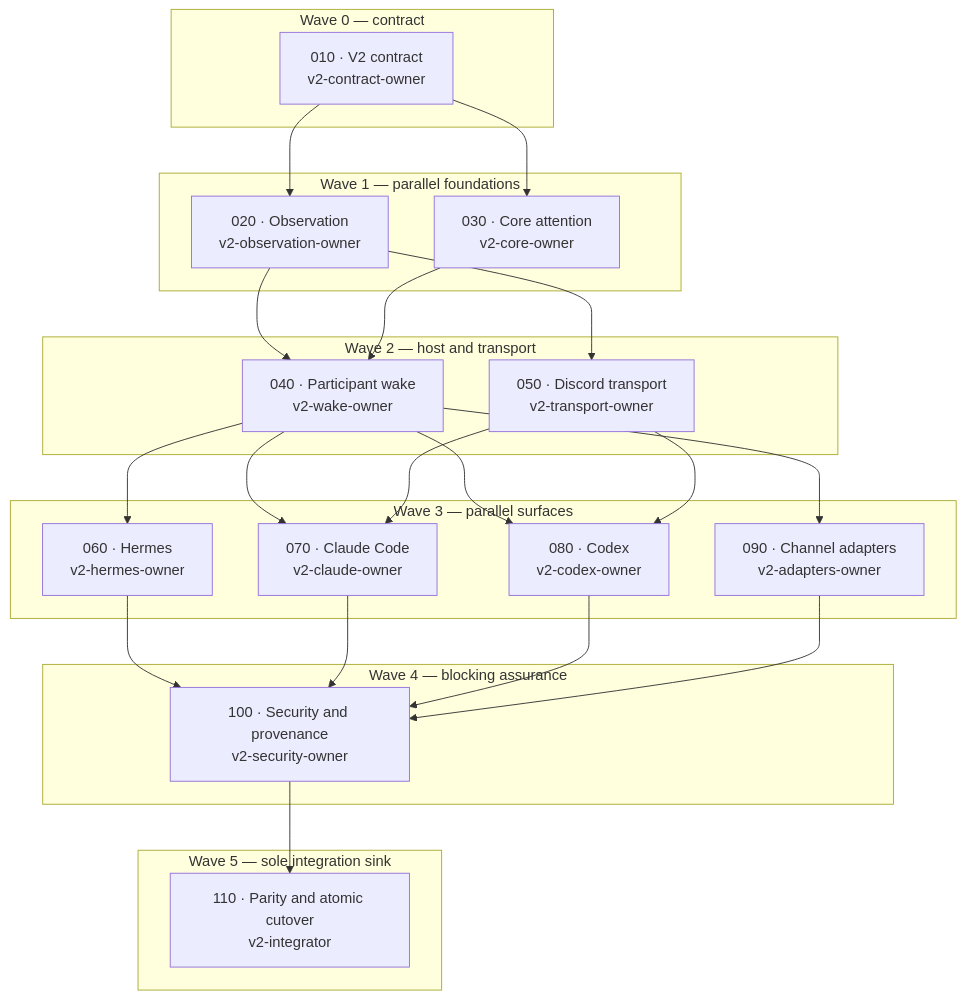
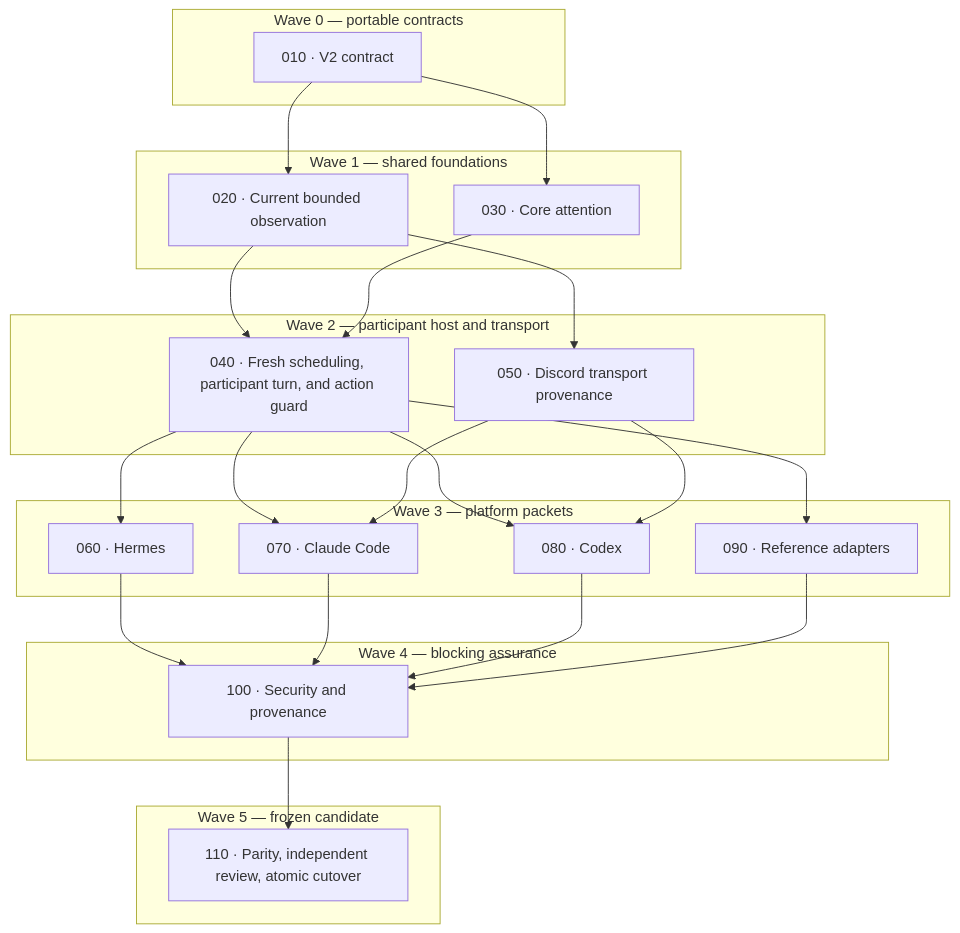
One commit to mentatzoe/nunchi changed the eighth of 8 diagrams in docs/architecture/v2-selected-design.md. Above: the diagram before and after it, drawn with Mermaid. The commit also changed other lines of this file and 3 other files, not shown here.

````diff
--- a/docs/architecture/v2-selected-design.md
+++ b/docs/architecture/v2-selected-design.md
@@ -319,48 +460,43 @@
 ```mermaid
 flowchart TB
-    subgraph Wave0["Wave 0 — contract"]
-        S010["010 · V2 contract<br/>v2-contract-owner"]
+    subgraph Wave0["Wave 0 — portable contracts"]
+        S010["010 · V2 contract"]
     end
-
-    subgraph Wave1["Wave 1 — parallel foundations"]
-        S020["020 · Observation<br/>v2-observation-owner"]
-        S030["030 · Core attention<br/>v2-core-owner"]
+    subgraph Wave1["Wave 1 — shared foundations"]
+        S020["020 · Current bounded observation"]
+        S030["030 · Core attention"]
     end
-
-    subgraph Wave2["Wave 2 — host and transport"]
-        S040["040 · Participant wake<br/>v2-wake-owner"]
-        S050["050 · Discord transport<br/>v2-transport-owner"]
+    subgraph Wave2["Wave 2 — participant host and transport"]
+        S040["040 · Fresh scheduling, participant turn, and action guard"]
+        S050["050 · Discord transport provenance"]
     end
-
-    subgraph Wave3["Wave 3 — parallel surfaces"]
-        S060["060 · Hermes<br/>v2-hermes-owner"]
-        S070["070 · Claude Code<br/>v2-claude-owner"]
-        S080["080 · Codex<br/>v2-codex-owner"]
-        S090["090 · Channel adapters<br/>v2-adapters-owner"]
+    subgraph Wave3["Wave 3 — platform packets"]
+        S060["060 · Hermes"]
+        S070["070 · Claude Code"]
+        S080["080 · Codex"]
+        S090["090 · Reference adapters"]
     end
-
     subgraph Wave4["Wave 4 — blocking assurance"]
-        S100["100 · Security and provenance<br/>v2-security-owner"]
+        S100["100 · Security and provenance"]
     end
-
-    subgraph Wave5["Wave 5 — sole integration sink"]
-        S110["110 · Parity and atomic cutover<br/>v2-integrator"]
+    subgraph Wave5["Wave 5 — frozen candidate"]
+        S110["110 · Parity, independent review, atomic cutover"]
     end
 
     S010 --> S020
     S010 --> S030
     S020 --> S040
     S030 --> S040
     S020 --> S050
     S040 --> S060
     S040 --> S070
     S040 --> S080
     S040 --> S090
     S050 --> S070
     S050 --> S080
     S060 --> S100
     S070 --> S100
     S080 --> S100
     S090 --> S100
     S100 --> S110
 ```
````
